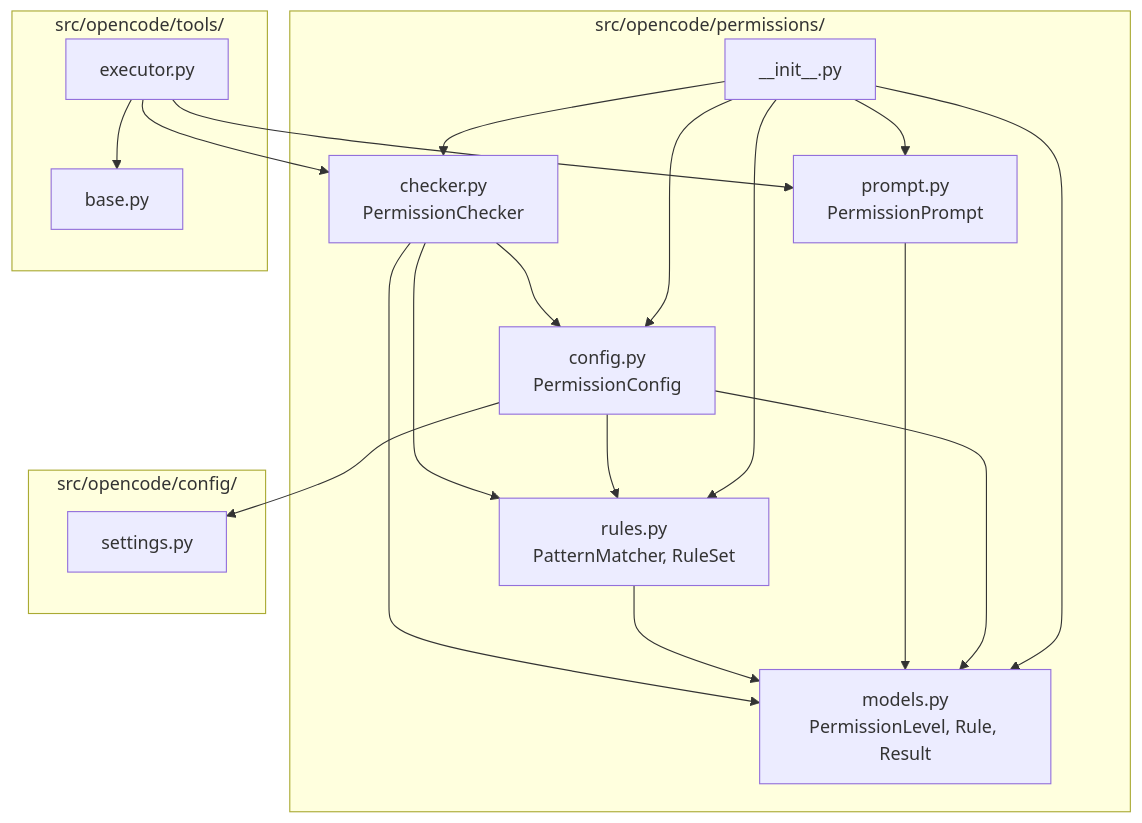
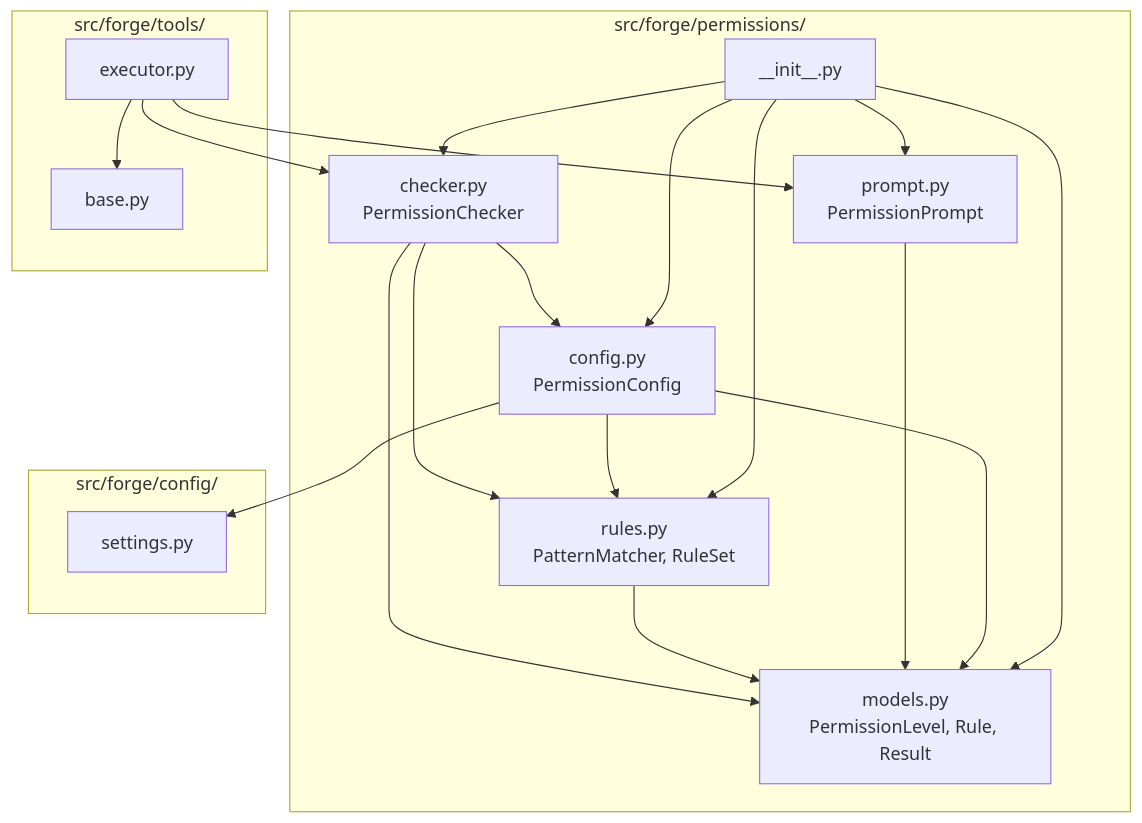
Diagram 12 of 14 in .ai/phase/4.1/UML.md (corey-rosamond/Code-Forge), drawn with Mermaid before and after one commit. The commit also changed 505 other files, not shown here.

````diff
--- a/.ai/phase/4.1/UML.md
+++ b/.ai/phase/4.1/UML.md
@@ -408,42 +408,42 @@
 ```mermaid
 flowchart TB
-    subgraph PermPkg["src/opencode/permissions/"]
+    subgraph PermPkg["src/forge/permissions/"]
         INIT["__init__.py"]
         MODELS["models.py<br/>PermissionLevel, Rule, Result"]
         RULES["rules.py<br/>PatternMatcher, RuleSet"]
         CHECKER["checker.py<br/>PermissionChecker"]
         PROMPT["prompt.py<br/>PermissionPrompt"]
         CONFIG["config.py<br/>PermissionConfig"]
     end
 
-    subgraph ToolsPkg["src/opencode/tools/"]
+    subgraph ToolsPkg["src/forge/tools/"]
         EXECUTOR["executor.py"]
         BASE["base.py"]
     end
 
-    subgraph ConfigPkg["src/opencode/config/"]
+    subgraph ConfigPkg["src/forge/config/"]
         SETTINGS["settings.py"]
     end
 
     CHECKER --> MODELS
     CHECKER --> RULES
     CHECKER --> CONFIG
 
     RULES --> MODELS
 
     PROMPT --> MODELS
 
     CONFIG --> RULES
     CONFIG --> MODELS
     CONFIG --> SETTINGS
 
     EXECUTOR --> CHECKER
     EXECUTOR --> PROMPT
     EXECUTOR --> BASE
 
     INIT --> MODELS
     INIT --> RULES
     INIT --> CHECKER
     INIT --> PROMPT
     INIT --> CONFIG
 ```
````
